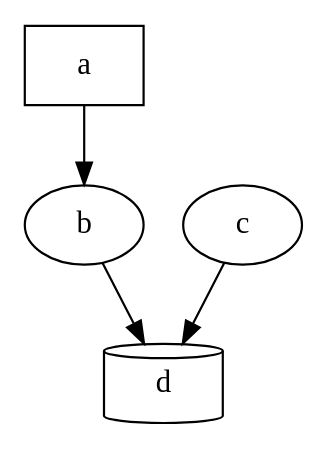
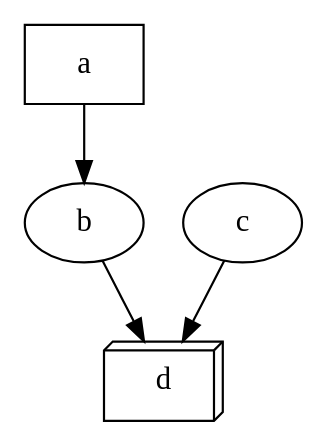
One commit to feixiao/GraphViz changed the diagram in ex2.dot. Above: the diagram before and after it, drawn with Graphviz. The commit also changed 5 other files, not shown here.

```diff
--- a/ex2.dot
+++ b/ex2.dot
@@ -1,10 +1,10 @@
 digraph abc{
-  a[shape="record"];
+  a[shape="box"];
   b;
   c;
-  d[shape="cylinder"];
+  d[shape="box3d"];
 
   a -> b;
   b -> d;
   c -> d;
 }
```
